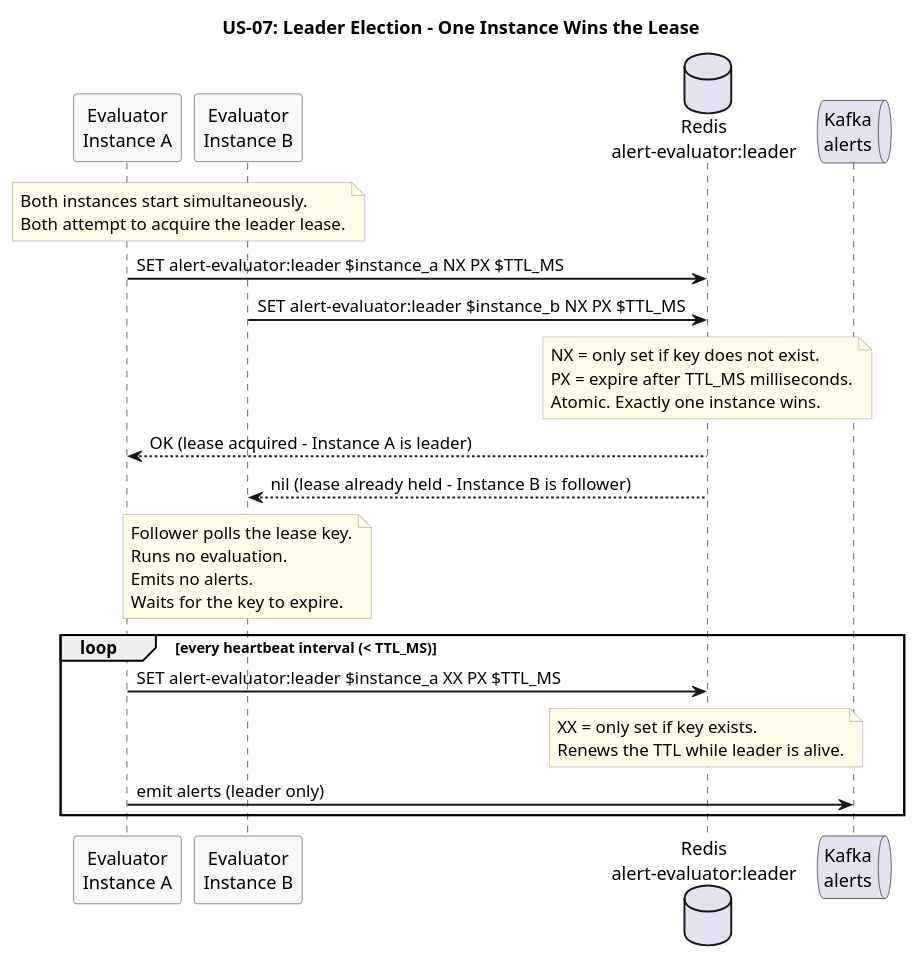
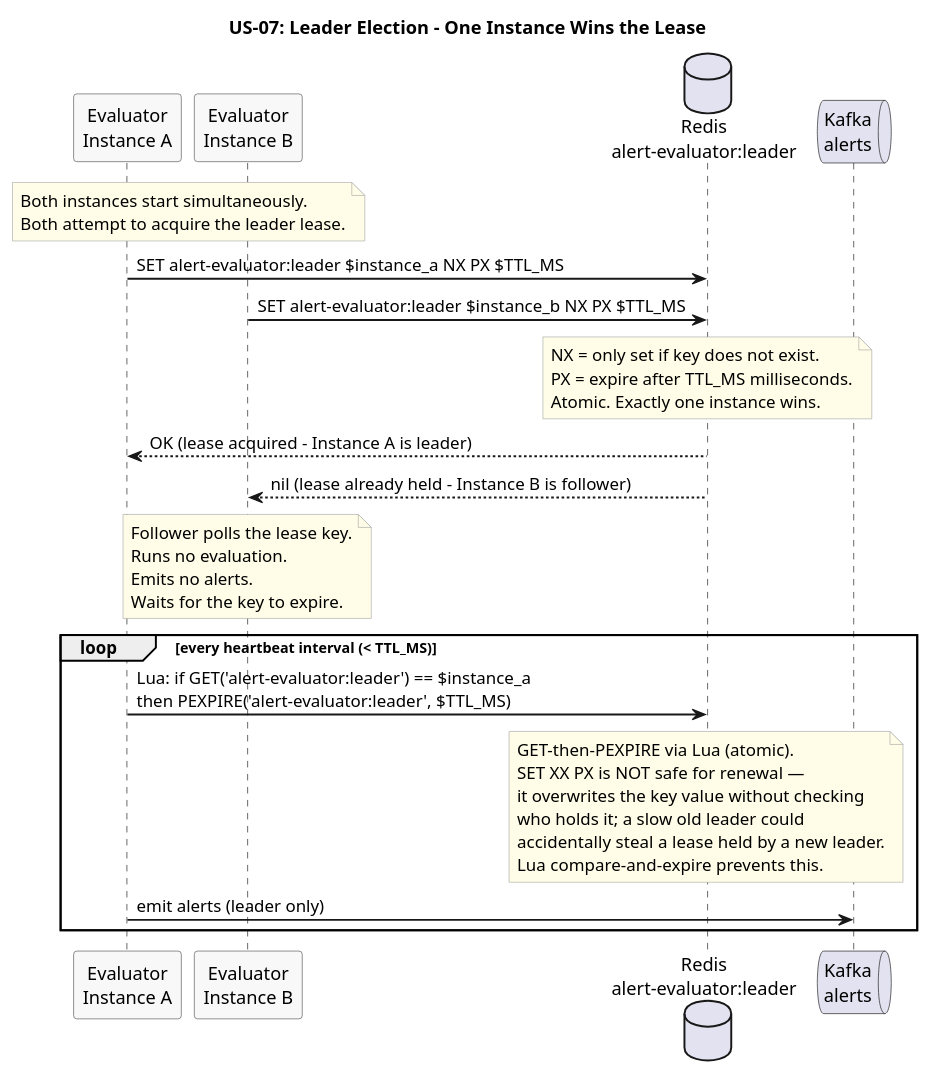
Before and after one commit to Buffden/sentinel: the diagram in docs/use-cases/US-07-duplicate-free-alerts/leader-election.puml, drawn with PlantUML. The commit also changed 9 other files, not shown here.

First line of the commit message:
use-cases: update all diagrams and docs for 14-issue correctness sweep

```diff
--- a/docs/use-cases/US-07-duplicate-free-alerts/leader-election.puml
+++ b/docs/use-cases/US-07-duplicate-free-alerts/leader-election.puml
@@ -1,48 +1,52 @@
 @startuml leader-election
 title US-07: Leader Election - One Instance Wins the Lease
 
 skinparam sequenceArrowThickness 1.5
 skinparam participantBorderColor #555555
 skinparam participantBackgroundColor #F8F8F8
 skinparam noteBorderColor #AAAAAA
 skinparam noteBackgroundColor #FFFDE7
 
 participant "Evaluator\nInstance A" as A
 participant "Evaluator\nInstance B" as B
 database "Redis\nalert-evaluator:leader" as Redis
 queue "Kafka\nalerts" as Kafka
 
 note over A, B
   Both instances start simultaneously.
   Both attempt to acquire the leader lease.
 end note
 
 A -> Redis : SET alert-evaluator:leader $instance_a NX PX $TTL_MS
 B -> Redis : SET alert-evaluator:leader $instance_b NX PX $TTL_MS
 
 note over Redis
   NX = only set if key does not exist.
   PX = expire after TTL_MS milliseconds.
   Atomic. Exactly one instance wins.
 end note
 
 Redis --> A : OK (lease acquired - Instance A is leader)
 Redis --> B : nil (lease already held - Instance B is follower)
 
 note over B
   Follower polls the lease key.
   Runs no evaluation.
   Emits no alerts.
   Waits for the key to expire.
 end note
 
 loop every heartbeat interval (< TTL_MS)
-  A -> Redis : SET alert-evaluator:leader $instance_a XX PX $TTL_MS
+  A -> Redis : Lua: if GET('alert-evaluator:leader') == $instance_a\nthen PEXPIRE('alert-evaluator:leader', $TTL_MS)
   note over Redis
-    XX = only set if key exists.
-    Renews the TTL while leader is alive.
+    GET-then-PEXPIRE via Lua (atomic).
+    SET XX PX is NOT safe for renewal —
+    it overwrites the key value without checking
+    who holds it; a slow old leader could
+    accidentally steal a lease held by a new leader.
+    Lua compare-and-expire prevents this.
   end note
   A -> Kafka : emit alerts (leader only)
 end
 
 @enduml
```
